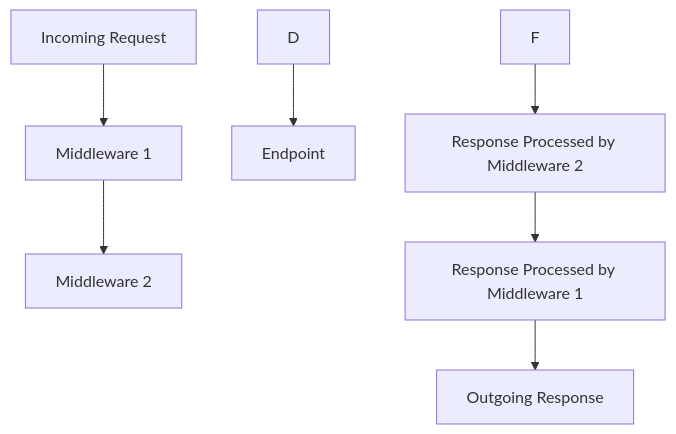
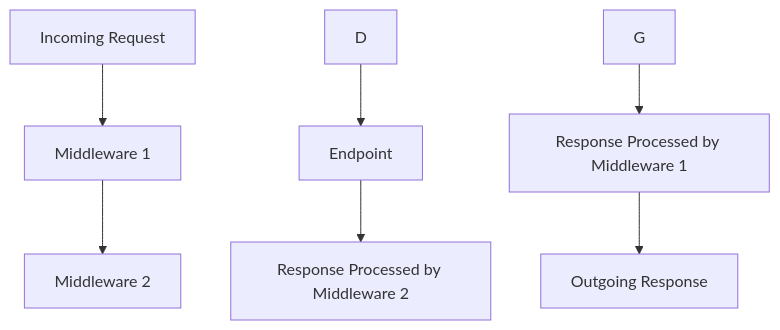
One commit to rajeshradhakrishnanmvk/ai_library changed the first of 2 diagrams in README.md. Above: the diagram before and after it, drawn with Mermaid.

````diff
--- a/README.md
+++ b/README.md
@@ -9,9 +9,9 @@
 ```mermaid
 graph TD;
     A[Incoming Request] --> B[Middleware 1]
     B --> C[Middleware 2]
     D --> E[Endpoint]
-    F --> G[Response Processed by Middleware 2]
+    E --> F[Response Processed by Middleware 2]
     G --> H[Response Processed by Middleware 1]
     H --> I[Outgoing Response]
 ```
````
